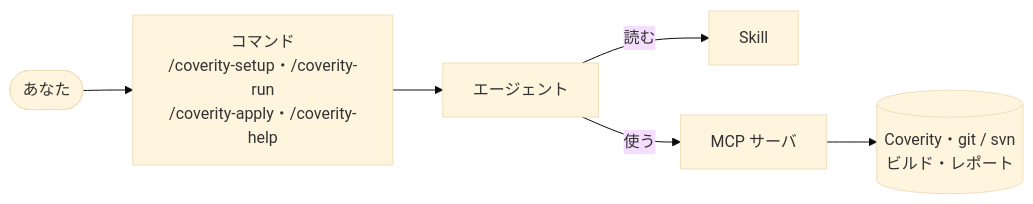
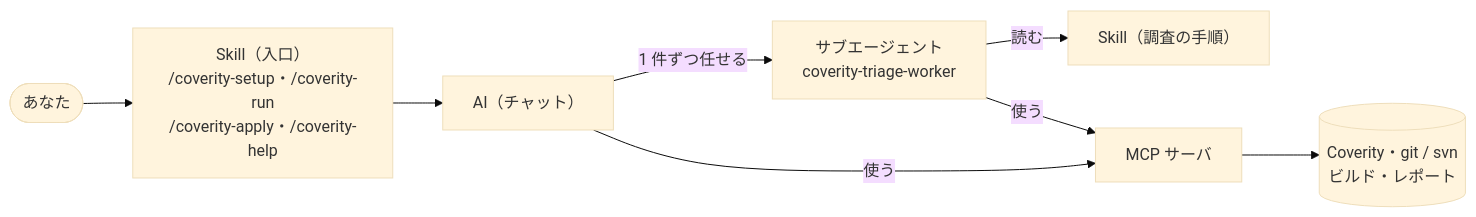
One commit to imaeda-hub/coverity-triage-agent changed the diagram in README.md. Above: the diagram before and after it, drawn with Mermaid (base theme). The commit also changed other lines of this file and 23 other files, not shown here.

````diff
--- a/README.md
+++ b/README.md
@@ -41,8 +42,10 @@
 ```mermaid
 flowchart LR
-    U([あなた]) --> C["コマンド<br>/coverity-setup・/coverity-run<br>/coverity-apply・/coverity-help"]
-    C --> A["エージェント"]
-    A -- 読む --> S["Skill"]
+    U([あなた]) --> E["Skill（入口）<br>/coverity-setup・/coverity-run<br>/coverity-apply・/coverity-help"]
+    E --> A["AI（チャット）"]
+    A -- 1 件ずつ任せる --> W["サブエージェント<br>coverity-triage-worker"]
+    W -- 読む --> K["Skill（調査の手順）"]
     A -- 使う --> M["MCP サーバ"]
+    W -- 使う --> M
     M --> X[("Coverity・git / svn<br>ビルド・レポート")]
 ```
````
